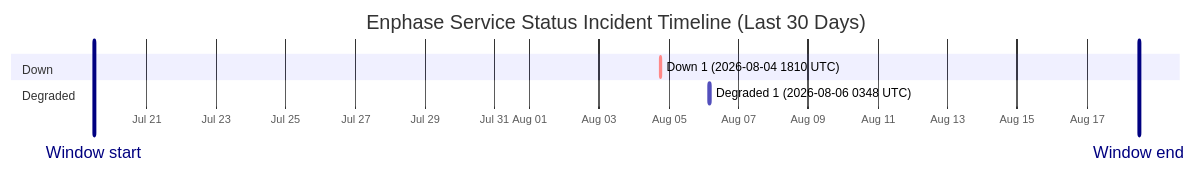
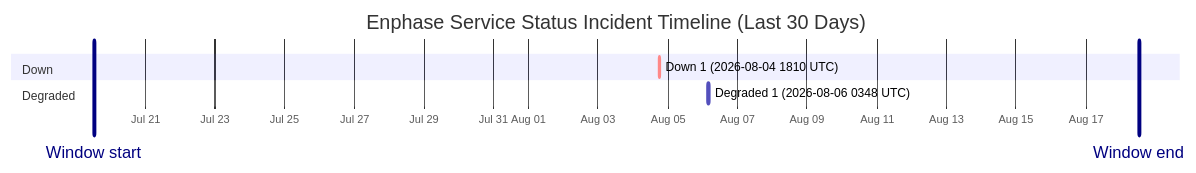
The diagram in wiki/Service-Status-History.md (barneyonline/ha-enphase-energy), drawn with Mermaid before and after one commit. The commit also changed other lines of this file and 3 other files, not shown here.

````diff
--- a/wiki/Service-Status-History.md
+++ b/wiki/Service-Status-History.md
@@ -14,12 +14,12 @@
 ```mermaid
 gantt
     title Enphase Service Status Incident Timeline (Last 30 Days)
     dateFormat  YYYY-MM-DDTHH:mm:ss
     axisFormat  %b %d
-    Window start :vert, window-start, 2026-07-19T11:50:26, 0ms
-    Window end :vert, window-end, 2026-08-18T11:50:26, 0ms
+    Window start :vert, window-start, 2026-07-19T12:41:06, 0ms
+    Window end :vert, window-end, 2026-08-18T12:41:06, 0ms
     section Down
     Down 1 (2026-08-04 1810 UTC) :crit, down-1, 2026-08-04T18:10:46, 60m
     section Degraded
     Degraded 1 (2026-08-06 0348 UTC) :active, degraded-1, 2026-08-06T03:48:14, 60m
 ```
````
